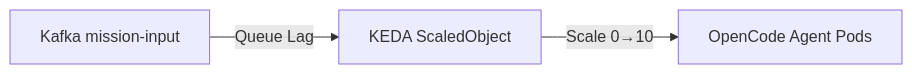
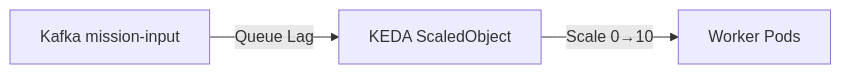
One commit to lgcorzo/rust_CACD_autonomous_factory changed the second of 2 diagrams in wiki/EXPERIMENT-LIFECYCLE.md. Above: the diagram before and after it, drawn with Mermaid. The commit also changed other lines of this file and 21 other files, not shown here.

````diff
--- a/wiki/EXPERIMENT-LIFECYCLE.md
+++ b/wiki/EXPERIMENT-LIFECYCLE.md
@@ -94,5 +79,5 @@
 ```mermaid
 graph LR
     K["Kafka mission-input"] -->|Queue Lag| KE["KEDA ScaledObject"]
-    KE -->|Scale 0→10| D["OpenCode Agent Pods"]
+    KE -->|Scale 0→10| D["Worker Pods"]
 ```
````
